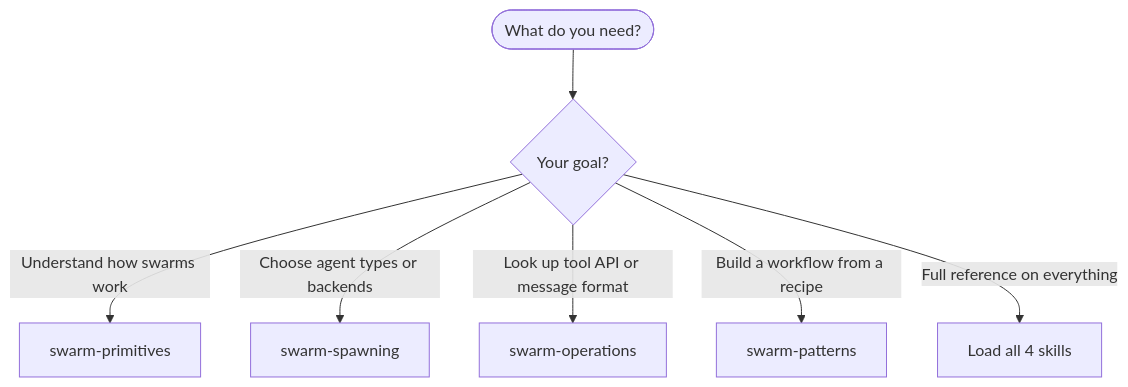
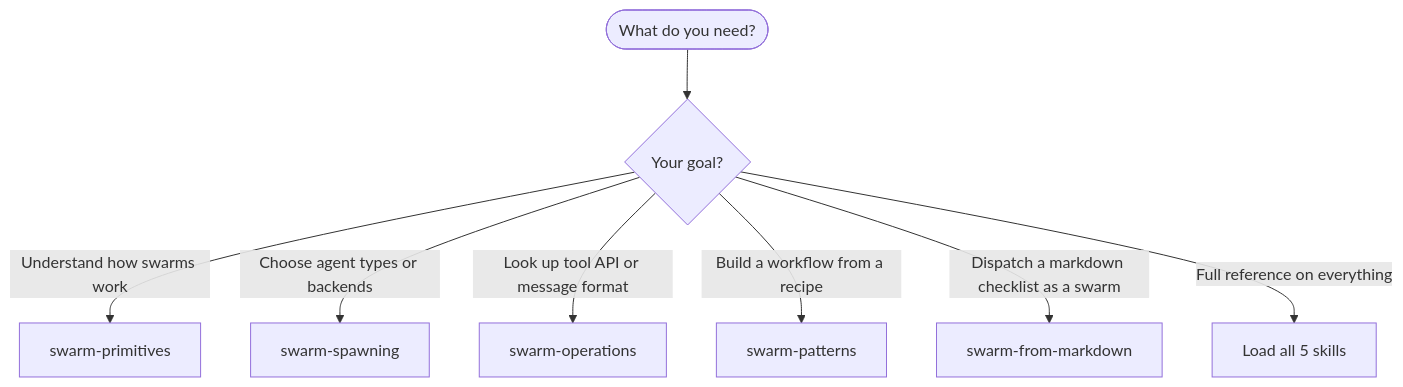
Before and after one commit to chgreer1070/claude_skills: the diagram in .claude/skills/orchestrating-swarms/SKILL.md, drawn with Mermaid. The commit also changed other lines of this file and 5 other files, not shown here.

First line of the commit message:
feat(swarm-from-markdown): markdown checkbox file to swarm task pool helper (#2335)

````diff
--- a/.claude/skills/orchestrating-swarms/SKILL.md
+++ b/.claude/skills/orchestrating-swarms/SKILL.md
@@ -44,9 +50,10 @@
 ```mermaid
 flowchart TD
     Start([What do you need?]) --> Q1{Your goal?}
     Q1 -->|Understand how swarms work| P[swarm-primitives]
     Q1 -->|Choose agent types or backends| S[swarm-spawning]
     Q1 -->|Look up tool API or message format| O[swarm-operations]
     Q1 -->|Build a workflow from a recipe| R[swarm-patterns]
-    Q1 -->|Full reference on everything| All[Load all 4 skills]
+    Q1 -->|Dispatch a markdown checklist as a swarm| M[swarm-from-markdown]
+    Q1 -->|Full reference on everything| All[Load all 5 skills]
 ```
````
